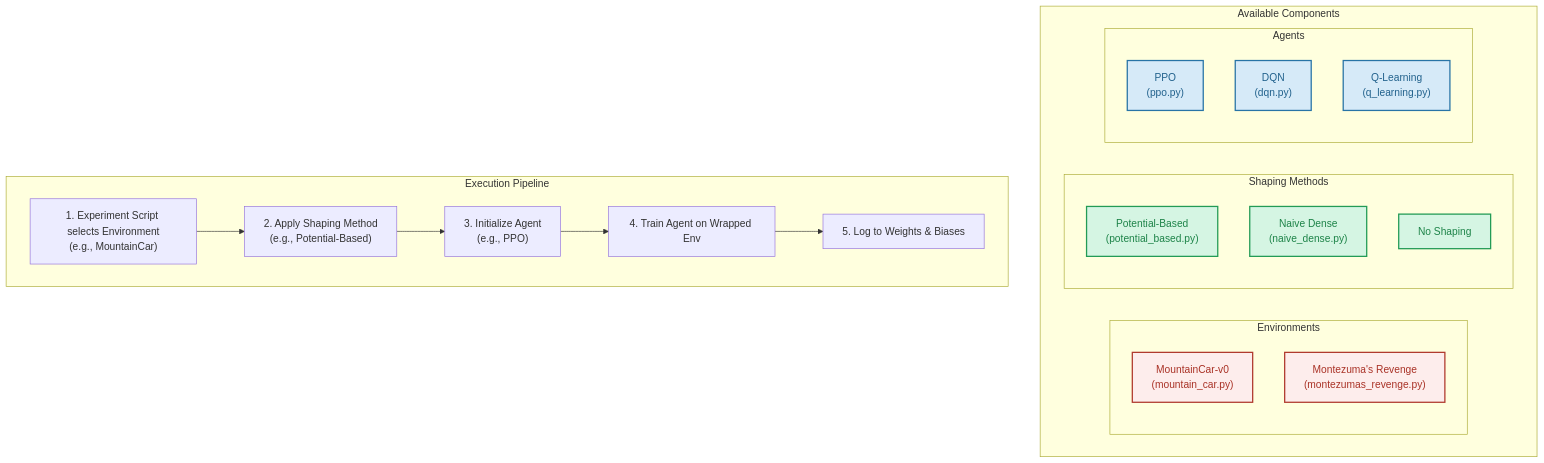
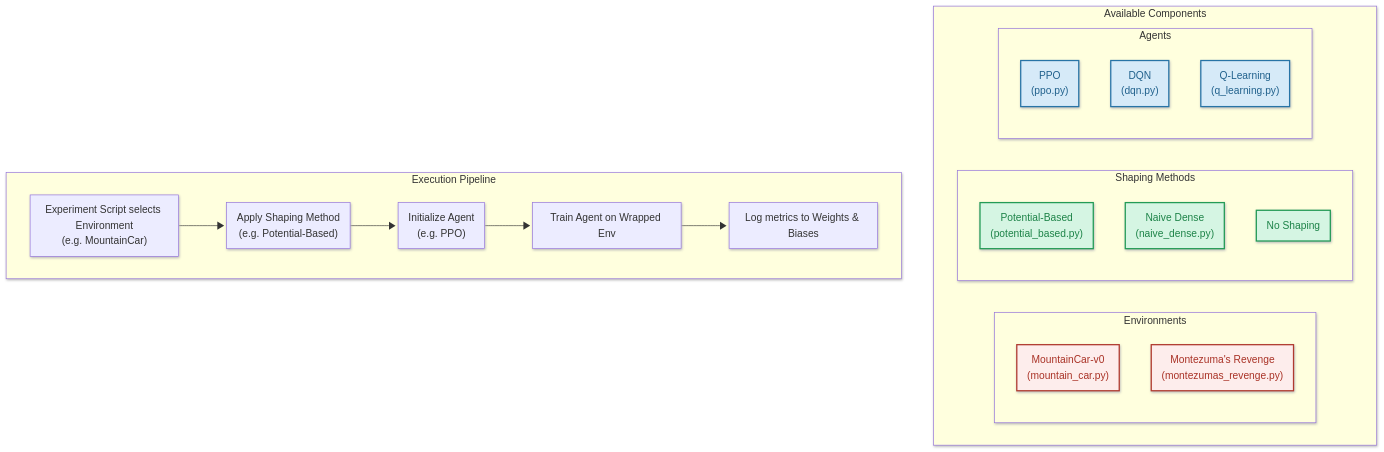
The diagram in README.md (schneialexan/ShapingRL), drawn with Mermaid before and after one commit. The commit also changed other lines of this file, not shown here.

Commit message:
mermaid chart update

````diff
--- a/README.md
+++ b/README.md
@@ -211,40 +211,47 @@
 ```mermaid
+---
+config:
+  look: neo
+---
 flowchart TD
-    subgraph "Available Components"
-        direction LR
-        subgraph "Environments"
-            Env1["MountainCar-v0<br/>(mountain_car.py)"]
-            Env2["Montezuma's Revenge<br/>(montezumas_revenge.py)"]
-        end
-        subgraph "Shaping Methods"
-            S1["Potential-Based<br/>(potential_based.py)"]
-            S2["Naive Dense<br/>(naive_dense.py)"]
-            S3["No Shaping"]
-        end
-        subgraph "Agents"
-            A1["PPO<br/>(ppo.py)"]
-            A2["DQN<br/>(dqn.py)"]
-            A3["Q-Learning<br/>(q_learning.py)"]
-        end
-    end
-
-    subgraph "Execution Pipeline"
-        step1["1. Experiment Script selects Environment<br/>(e.g., MountainCar)"]
-        step1 --> step2["2. Apply Shaping Method<br/>(e.g., Potential-Based)"]
-        step2 --> step3["3. Initialize Agent<br/>(e.g., PPO)"]
-        step3 --> step4["4. Train Agent on Wrapped Env"]
-        step4 --> step5["5. Log to Weights & Biases"]
-    end
-
-    %% Styling
+ subgraph Environments["Environments"]
+        Env1["MountainCar-v0<br>(mountain_car.py)"]
+        Env2@{ label: "Montezuma's Revenge<br>(montezumas_revenge.py)" }
+  end
+ subgraph subGraph1["Shaping Methods"]
+        S1["Potential-Based<br>(potential_based.py)"]
+        S2["Naive Dense<br>(naive_dense.py)"]
+        S3["No Shaping"]
+  end
+ subgraph Agents["Agents"]
+        A1["PPO<br>(ppo.py)"]
+        A2["DQN<br>(dqn.py)"]
+        A3["Q-Learning<br>(q_learning.py)"]
+  end
+ subgraph subGraph3["Available Components"]
+    direction LR
+        Environments
+        subGraph1
+        Agents
+  end
+ subgraph subGraph4["Execution Pipeline"]
+        step1["Experiment Script selects Environment<br>(e.g. MountainCar)"]
+        step2["Apply Shaping Method<br>(e.g. Potential-Based)"]
+        step3["Initialize Agent<br>(e.g. PPO)"]
+        step4["Train Agent on Wrapped Env"]
+        step5["Log metrics to Weights &amp; Biases"]
+  end
+    step1 --> step2
+    step2 --> step3
+    step3 --> step4
+    step4 --> step5
+    Env2@{ shape: rect}
     style Env1 fill:#FDEDEC,stroke:#B03A2E,stroke-width:2px,color:#A93226
     style Env2 fill:#FDEDEC,stroke:#B03A2E,stroke-width:2px,color:#A93226
-    
     style S1 fill:#D5F5E3,stroke:#239B56,stroke-width:2px,color:#1D8348
     style S2 fill:#D5F5E3,stroke:#239B56,stroke-width:2px,color:#1D8348
     style S3 fill:#D5F5E3,stroke:#239B56,stroke-width:2px,color:#1D8348
-
     style A1 fill:#D6EAF8,stroke:#2874A6,stroke-width:2px,color:#21618C
     style A2 fill:#D6EAF8,stroke:#2874A6,stroke-width:2px,color:#21618C
     style A3 fill:#D6EAF8,stroke:#2874A6,stroke-width:2px,color:#21618C
 ```
````
